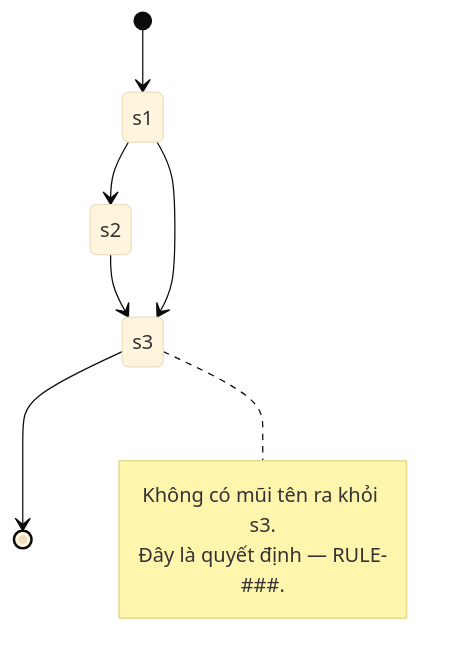
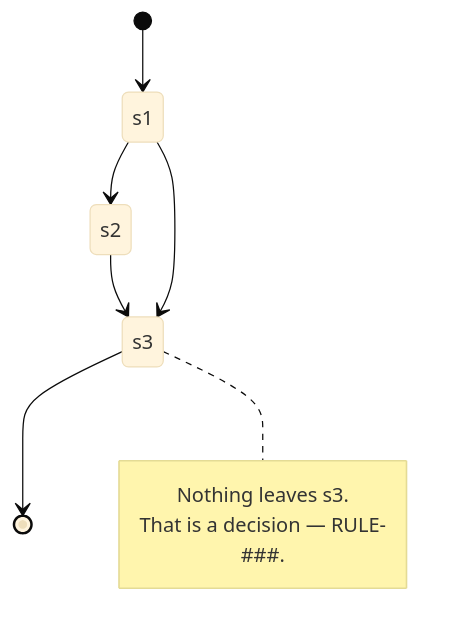
Before and after one commit to quangman2211/sdd-solo: the diagram in plugins/sdd-solo/templates/skel/entity.md, drawn with Mermaid (base theme). The commit also changed other lines of this file and 133 other files, not shown here.

````diff
--- a/plugins/sdd-solo/templates/skel/entity.md
+++ b/plugins/sdd-solo/templates/skel/entity.md
@@ -12,12 +12,12 @@
 ```mermaid
 stateDiagram-v2
-  [*] --> s1 : <UC-### tạo>
-  s1 --> s2 : <UC-### · điều kiện>
-  s2 --> s3 : <UC-### · điều kiện>
-  s1 --> s3 : <hệ thống ngoài / hết hạn — KHÔNG do UC nào>
+  [*] --> s1 : <UC-### creates>
+  s1 --> s2 : <UC-### · condition>
+  s2 --> s3 : <UC-### · condition>
+  s1 --> s3 : <external system / expiry — NOT caused by any UC>
   s3 --> [*]
   note right of s3
-    Không có mũi tên ra khỏi s3.
-    Đây là quyết định — RULE-###.
+    Nothing leaves s3.
+    That is a decision — RULE-###.
   end note
 ```
````
